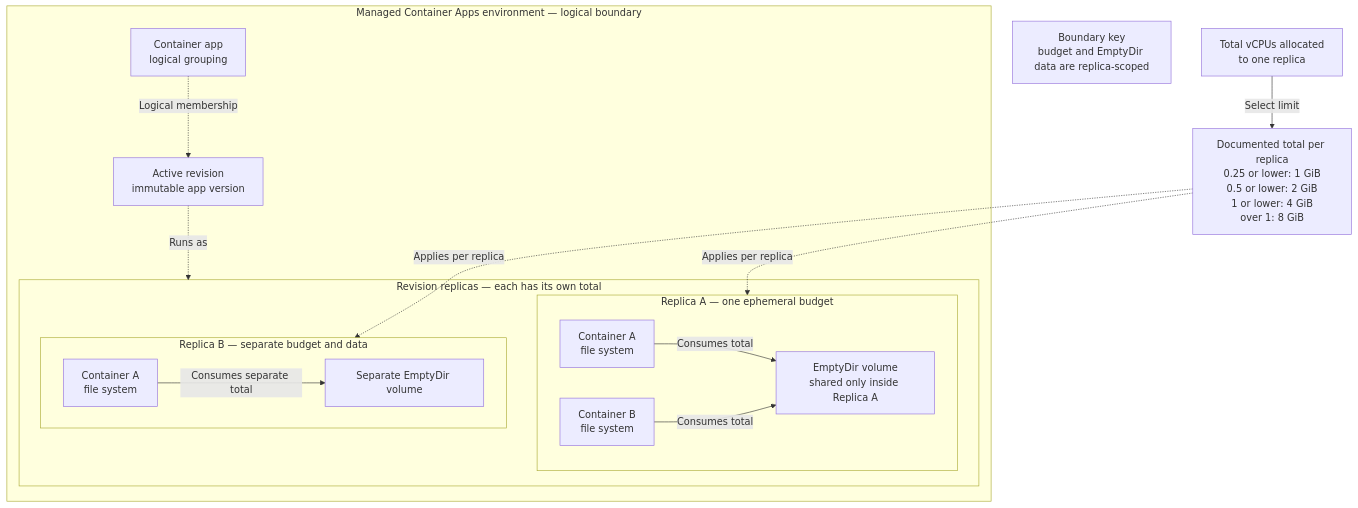
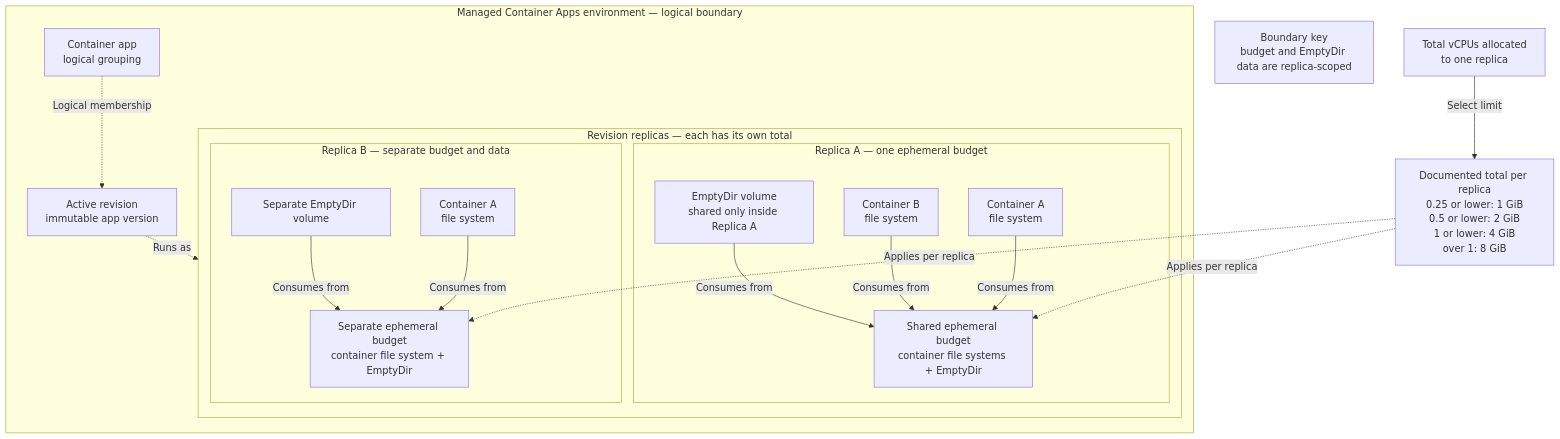
The second of 3 diagrams in docs/platform/storage/index.md (yeongseon/azure-container-apps-practical-guide), drawn with Mermaid before and after one commit. The commit also changed other lines of this file and 1 other file, not shown here.

Commit message:
docs(storage): correct diagram flows and CLI explanations

````diff
--- a/docs/platform/storage/index.md
+++ b/docs/platform/storage/index.md
@@ -115,36 +117,40 @@
 ```mermaid
 flowchart TD
     accTitle: Per-replica ephemeral storage budget in Azure Container Apps
     accDescr: The total vCPU allocation selects one documented ephemeral storage limit for each replica. Container file systems and EmptyDir volumes inside that replica consume the same total, while another replica receives its own separate budget and EmptyDir data.
 
     CPU["Total vCPUs allocated<br/>to one replica"]
     LIMIT["Documented total per replica<br/>0.25 or lower: 1 GiB<br/>0.5 or lower: 2 GiB<br/>1 or lower: 4 GiB<br/>over 1: 8 GiB"]
 
     subgraph ENV["Managed Container Apps environment — logical boundary"]
         APP["Container app<br/>logical grouping"]
         REV_ACTIVE["Active revision<br/>immutable app version"]
         subgraph REPLICAS["Revision replicas — each has its own total"]
             subgraph R1["Replica A — one ephemeral budget"]
+                B1["Shared ephemeral budget<br/>container file systems + EmptyDir"]
                 C1["Container A<br/>file system"]
                 C2["Container B<br/>file system"]
                 E1["EmptyDir volume<br/>shared only inside Replica A"]
             end
 
             subgraph R2["Replica B — separate budget and data"]
+                B2["Separate ephemeral budget<br/>container file system + EmptyDir"]
                 C3["Container A<br/>file system"]
                 E2["Separate EmptyDir volume"]
             end
         end
     end
 
     CPU -->|"Select limit"| LIMIT
     APP -.->|"Logical membership"| REV_ACTIVE
     REV_ACTIVE -.->|"Runs as"| REPLICAS
-    LIMIT -.->|"Applies per replica"| R1
-    LIMIT -.->|"Applies per replica"| R2
-    C1 -->|"Consumes total"| E1
-    C2 -->|"Consumes total"| E1
-    C3 -->|"Consumes separate total"| E2
+    LIMIT -.->|"Applies per replica"| B1
+    LIMIT -.->|"Applies per replica"| B2
+    C1 -->|"Consumes from"| B1
+    C2 -->|"Consumes from"| B1
+    E1 -->|"Consumes from"| B1
+    C3 -->|"Consumes from"| B2
+    E2 -->|"Consumes from"| B2
 
     LEGEND["Boundary key<br/>budget and EmptyDir data are replica-scoped"]
 ```
````
